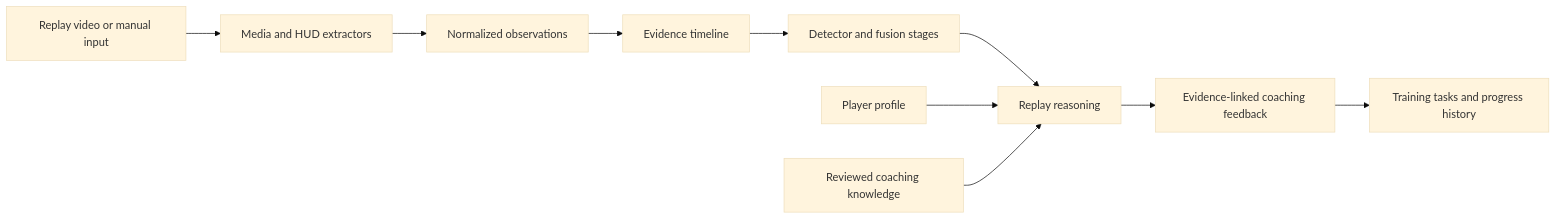
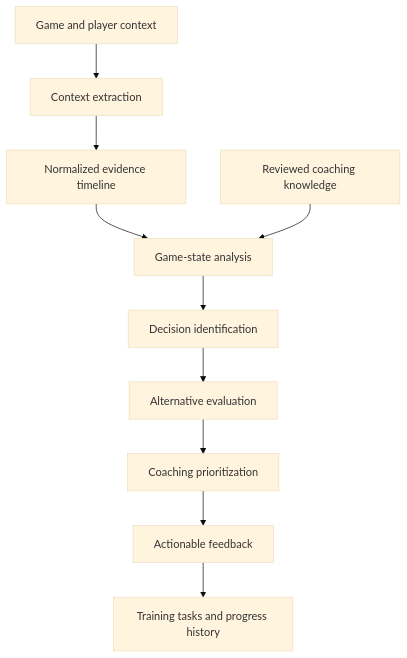
The diagram in README.md (graceyunliu/hokcoach), drawn with Mermaid (base theme) before and after one commit. The commit also changed other lines of this file, not shown here.

Commit message:
docs: explain coaching motivation and goals

````diff
--- a/README.md
+++ b/README.md
@@ -87,12 +100,12 @@
 ```mermaid
-flowchart LR
-    A["Replay video or manual input"] --> B["Media and HUD extractors"]
-    B --> C["Normalized observations"]
-    C --> D["Evidence timeline"]
-    D --> E["Detector and fusion stages"]
-    E --> F["Replay reasoning"]
-    G["Player profile"] --> F
-    H["Reviewed coaching knowledge"] --> F
-    F --> I["Evidence-linked coaching feedback"]
-    I --> J["Training tasks and progress history"]
+flowchart TD
+    A["Game and player context"] --> B["Context extraction"]
+    B --> C["Normalized evidence timeline"]
+    C --> D["Game-state analysis"]
+    D --> E["Decision identification"]
+    E --> F["Alternative evaluation"]
+    F --> G["Coaching prioritization"]
+    G --> H["Actionable feedback"]
+    H --> I["Training tasks and progress history"]
+    J["Reviewed coaching knowledge"] --> D
 ```
````
